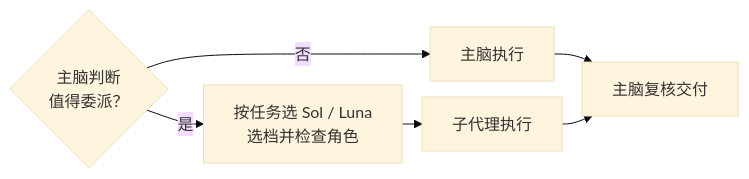
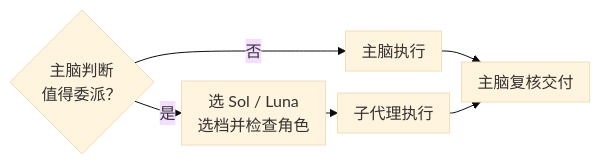
The diagram in README.md (SuperDaddyV/codex-native-workers), drawn with Mermaid (base theme) before and after one commit. The commit also changed 1 other file, not shown here.

Commit message:
docs: tighten homepage flow after rendered layout checks

````diff
--- a/README.md
+++ b/README.md
@@ -20,11 +20,11 @@
 ```mermaid
 ---
-config: {flowchart: {nodeSpacing: 16, rankSpacing: 20}}
+config: {flowchart: {nodeSpacing: 16, rankSpacing: 12, padding: 8, minNodeWidth: 0}}
 ---
 flowchart LR
     A{"主脑判断<br/>值得委派？"} -->|否| B["主脑执行"]
-    A -->|是| C["按任务选 Sol / Luna<br/>选档并检查角色"]
+    A -->|是| C["选 Sol / Luna<br/>选档并检查角色"]
     C --> D["子代理执行"]
     B --> E["主脑复核交付"]
     D --> E
 ```
````
